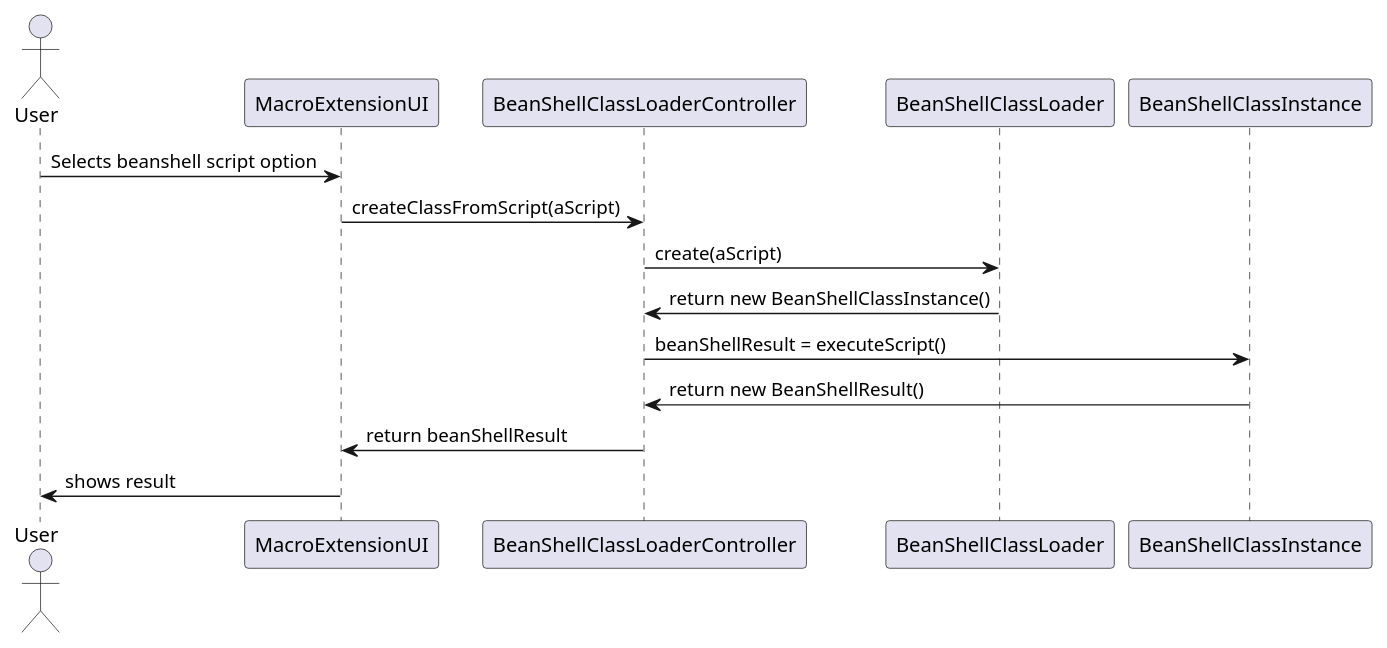
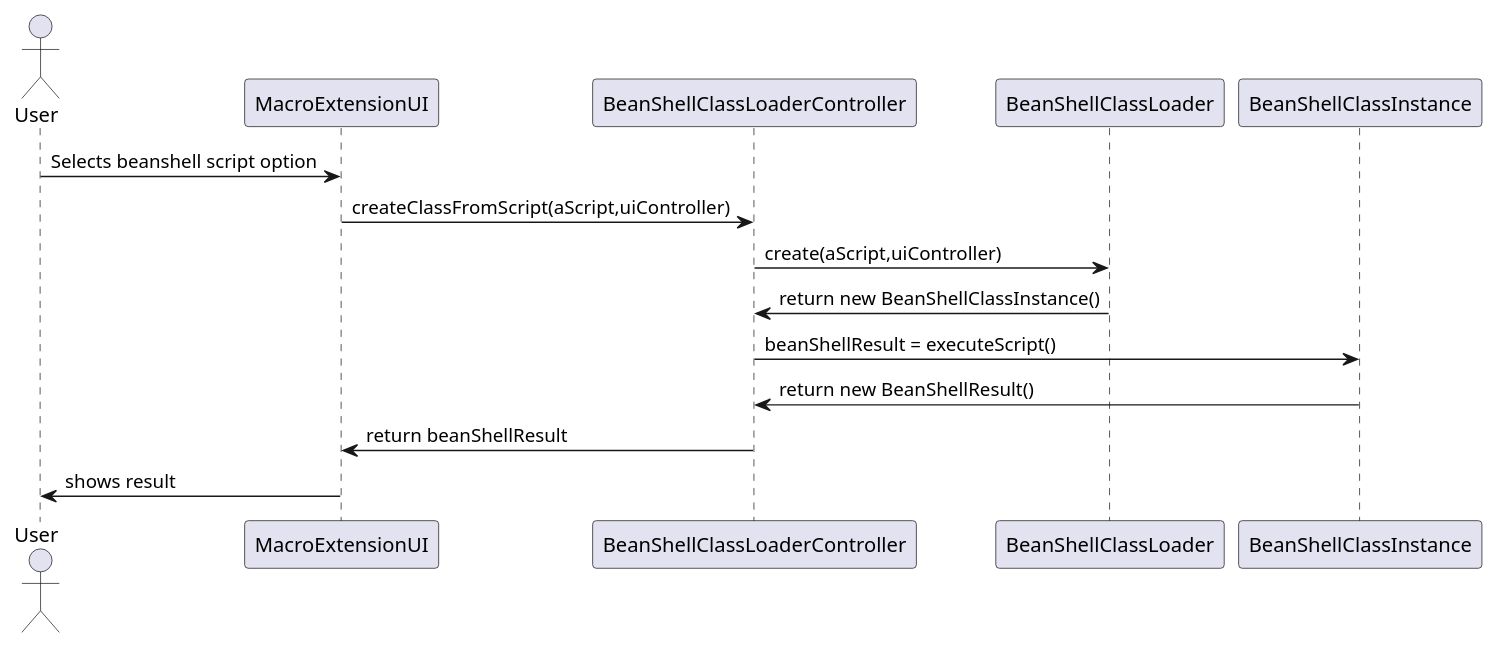
One commit to MikeTekOn/lapr4-2017-2dd changed the diagram in src/main/java/lapr4/blue/s1/lang/n1140822/beanshellwindow/design.puml. Above: the diagram before and after it, drawn with PlantUML. The commit also changed 8 other files, not shown here.

```diff
--- a/src/main/java/lapr4/blue/s1/lang/n1140822/beanshellwindow/design.puml
+++ b/src/main/java/lapr4/blue/s1/lang/n1140822/beanshellwindow/design.puml
@@ -1,11 +1,11 @@
 @startuml
 actor User
 User -> MacroExtensionUI : Selects beanshell script option
-MacroExtensionUI -> BeanShellClassLoaderController : createClassFromScript(aScript)
-BeanShellClassLoaderController -> BeanShellClassLoader :create(aScript)
+MacroExtensionUI -> BeanShellClassLoaderController : createClassFromScript(aScript,uiController)
+BeanShellClassLoaderController -> BeanShellClassLoader :create(aScript,uiController)
  BeanShellClassLoader -> BeanShellClassLoaderController : return new BeanShellClassInstance()
 BeanShellClassLoaderController -> BeanShellClassInstance : beanShellResult = executeScript()
 BeanShellClassInstance -> BeanShellClassLoaderController : return new BeanShellResult()
 BeanShellClassLoaderController ->MacroExtensionUI : return beanShellResult
 MacroExtensionUI -> User : shows result
 @enduml
```
